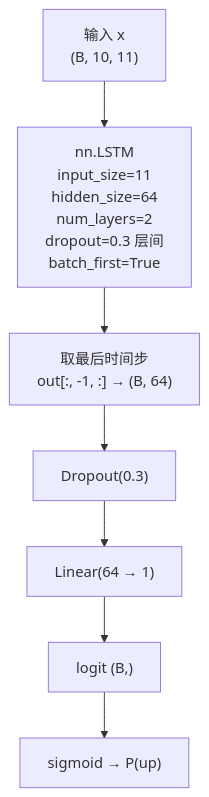
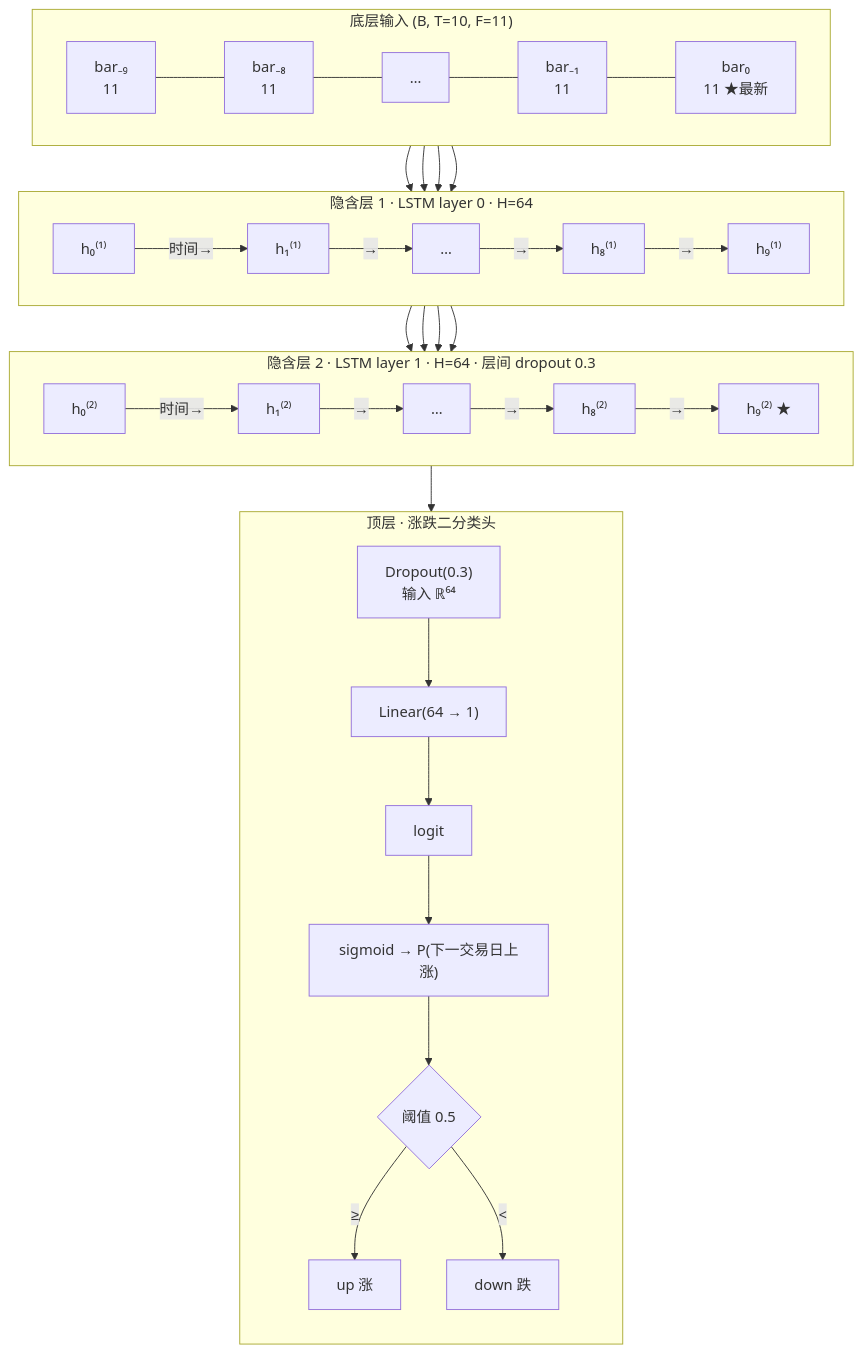
One commit to fanqingsong/stock_predictive changed the fifth of 11 diagrams in docs/model-architecture.md. Above: the diagram before and after it, drawn with Mermaid. The commit also changed other lines of this file, not shown here.

First line of the commit message:
Expand model architecture docs with dual-flow LSTM topology diagrams.

````diff
--- a/docs/model-architecture.md
+++ b/docs/model-architecture.md
@@ -97,12 +246,37 @@
 ```mermaid
 flowchart TB
-  X["输入 x\n(B, 10, 11)"]
-  LSTM["nn.LSTM\ninput_size=11\nhidden_size=64\nnum_layers=2\ndropout=0.3 层间\nbatch_first=True"]
-  LAST["取最后时间步\nout[:, -1, :] → (B, 64)"]
-  DO["Dropout(0.3)"]
-  FC["Linear(64 → 1)"]
-  LOGIT["logit (B,)"]
-  SIG["sigmoid → P(up)"]
+  subgraph IN ["底层输入 (B, T=10, F=11)"]
+    direction LR
+    I0["bar₋₉<br/>11"] --- I1["bar₋₈<br/>11"] --- I2["…"] --- I8["bar₋₁<br/>11"] --- I9["bar₀<br/>11 ★最新"]
+  end
 
-  X --> LSTM --> LAST --> DO --> FC --> LOGIT --> SIG
+  subgraph H1 ["隐含层 1 · LSTM layer 0 · H=64"]
+    direction LR
+    A0["h₀⁽¹⁾"] -->|时间→| A1["h₁⁽¹⁾"] -->|→| A2["…"] -->|→| A8["h₈⁽¹⁾"] -->|→| A9["h₉⁽¹⁾"]
+  end
+
+  subgraph H2 ["隐含层 2 · LSTM layer 1 · H=64 · 层间 dropout 0.3"]
+    direction LR
+    B0["h₀⁽²⁾"] -->|时间→| B1["h₁⁽²⁾"] -->|→| B2["…"] -->|→| B8["h₈⁽²⁾"] -->|→| B9["h₉⁽²⁾ ★"]
+  end
+
+  subgraph CLS ["顶层 · 涨跌二分类头"]
+    direction TB
+    DO["Dropout(0.3)<br/>输入 ℝ⁶⁴"] --> FC["Linear(64 → 1)"]
+    FC --> LOG["logit"]
+    LOG --> SIG["sigmoid → P(下一交易日上涨)"]
+    SIG --> DEC{"阈值 0.5"}
+    DEC -->|≥| UP["up 涨"]
+    DEC -->|<| DN["down 跌"]
+  end
+
+  I0 --> A0
+  I1 --> A1
+  I8 --> A8
+  I9 --> A9
+  A0 --> B0
+  A1 --> B1
+  A8 --> B8
+  A9 --> B9
+  B9 --> DO
 ```
````
